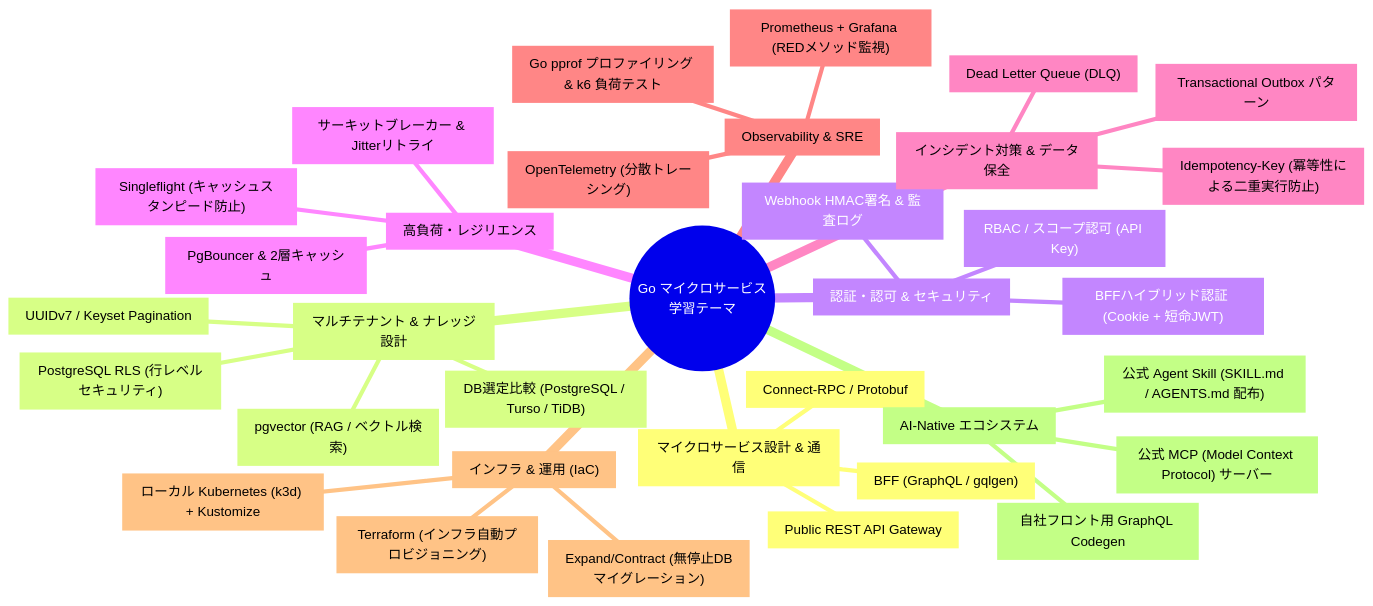
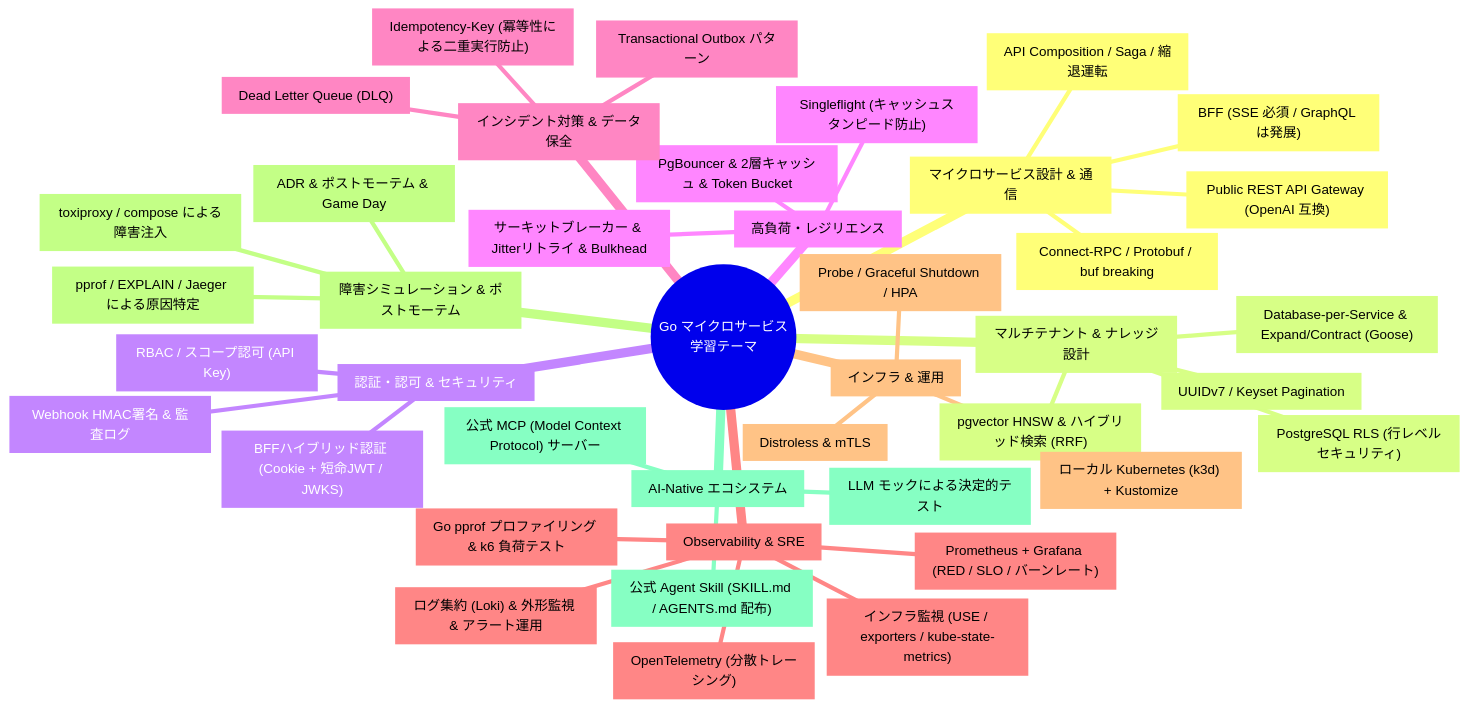
One commit to simorgh3196/golang-microservice-sample changed the diagram in README.md. Above: the diagram before and after it, drawn with Mermaid. The commit also changed other lines of this file and 12 other files, not shown here.

````diff
--- a/README.md
+++ b/README.md
@@ -28,37 +32,44 @@
 ```mermaid
 mindmap
   root(("Go マイクロサービス<br/>学習テーマ"))
     ["マイクロサービス設計 & 通信"]
-      ["Connect-RPC / Protobuf"]
-      ["BFF (GraphQL / gqlgen)"]
-      ["Public REST API Gateway"]
+      ["Connect-RPC / Protobuf / buf breaking"]
+      ["BFF (SSE 必須 / GraphQL は発展)"]
+      ["Public REST API Gateway (OpenAI 互換)"]
+      ["API Composition / Saga / 縮退運転"]
     ["マルチテナント & ナレッジ設計"]
       ["PostgreSQL RLS (行レベルセキュリティ)"]
-      ["pgvector (RAG / ベクトル検索)"]
+      ["pgvector HNSW & ハイブリッド検索 (RRF)"]
       ["UUIDv7 / Keyset Pagination"]
-      ["DB選定比較 (PostgreSQL / Turso / TiDB)"]
+      ["Database-per-Service & Expand/Contract (Goose)"]
     ["認証・認可 & セキュリティ"]
-      ["BFFハイブリッド認証 (Cookie + 短命JWT)"]
+      ["BFFハイブリッド認証 (Cookie + 短命JWT / JWKS)"]
       ["RBAC / スコープ認可 (API Key)"]
       ["Webhook HMAC署名 & 監査ログ"]
     ["高負荷・レジリエンス"]
       ["Singleflight (キャッシュスタンピード防止)"]
-      ["サーキットブレーカー & Jitterリトライ"]
-      ["PgBouncer & 2層キャッシュ"]
+      ["サーキットブレーカー & Jitterリトライ & Bulkhead"]
+      ["PgBouncer & 2層キャッシュ & Token Bucket"]
     ["インシデント対策 & データ保全"]
       ["Idempotency-Key (冪等性による二重実行防止)"]
       ["Transactional Outbox パターン"]
       ["Dead Letter Queue (DLQ)"]
     ["Observability & SRE"]
       ["OpenTelemetry (分散トレーシング)"]
-      ["Prometheus + Grafana (REDメソッド監視)"]
+      ["Prometheus + Grafana (RED / SLO / バーンレート)"]
+      ["インフラ監視 (USE / exporters / kube-state-metrics)"]
+      ["ログ集約 (Loki) & 外形監視 & アラート運用"]
       ["Go pprof プロファイリング & k6 負荷テスト"]
-    ["インフラ & 運用 (IaC)"]
+    ["インフラ & 運用"]
       ["ローカル Kubernetes (k3d) + Kustomize"]
-      ["Terraform (インフラ自動プロビジョニング)"]
-      ["Expand/Contract (無停止DBマイグレーション)"]
+      ["Probe / Graceful Shutdown / HPA"]
+      ["Distroless & mTLS"]
+    ["障害シミュレーション & ポストモーテム"]
+      ["toxiproxy / compose による障害注入"]
+      ["pprof / EXPLAIN / Jaeger による原因特定"]
+      ["ADR & ポストモーテム & Game Day"]
     ["AI-Native エコシステム"]
       ["公式 MCP (Model Context Protocol) サーバー"]
       ["公式 Agent Skill (SKILL.md / AGENTS.md 配布)"]
-      ["自社フロント用 GraphQL Codegen"]
+      ["LLM モックによる決定的テスト"]
 ```
````
